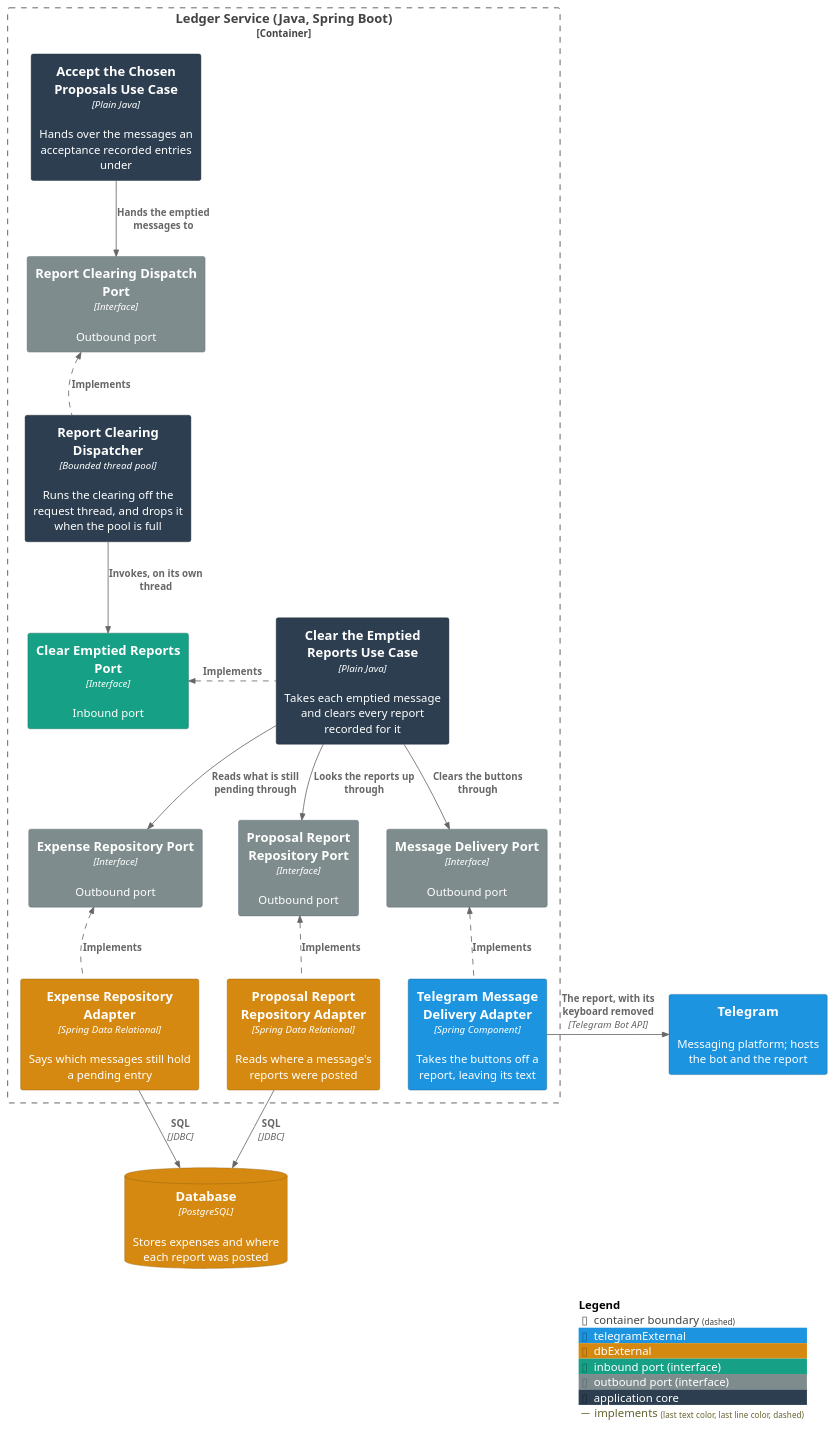
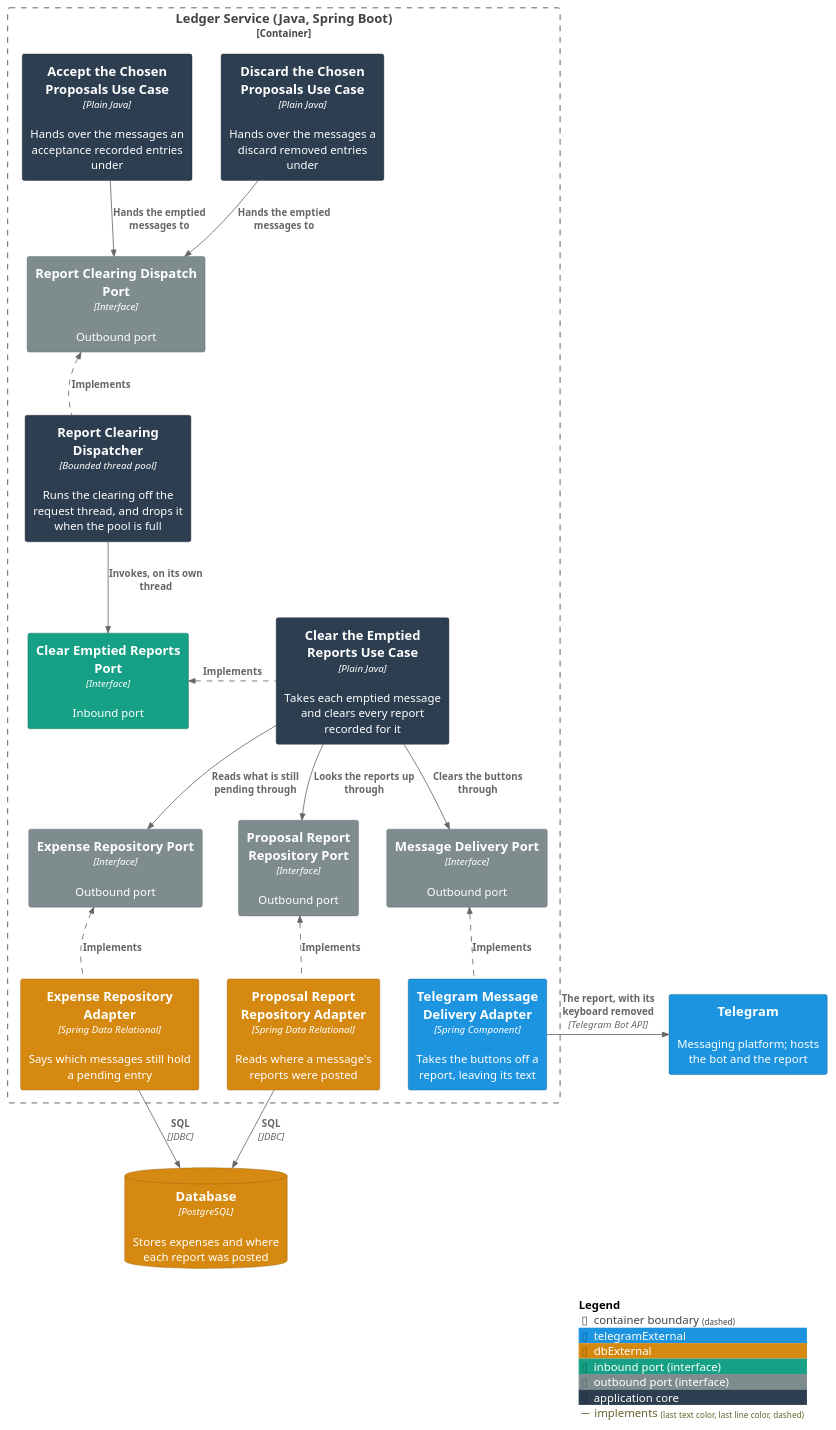
One commit to ds-usova/finance-bot changed the first of 2 diagrams in ledger-service/docs/usecases/clear-emptied-reports.md. Above: the diagram before and after it, drawn with PlantUML. The commit also changed other lines of this file and 9 other files, not shown here.

Commit message:
Documentation: discarding chosen proposals in the ledger's use cases and contracts

````diff
--- a/ledger-service/docs/usecases/clear-emptied-reports.md
+++ b/ledger-service/docs/usecases/clear-emptied-reports.md
@@ -45,49 +41,52 @@
 ```plantuml
 @startuml C3-Component-ClearEmptiedReports
 !include <C4/C4_Component>
 
 AddElementTag("telegramExternal", $bgColor="#1c94e0", $fontColor="#ffffff", $borderColor="#125d8c")
 AddElementTag("dbExternal", $bgColor="#d68910", $fontColor="#ffffff", $borderColor="#8f5c0a")
 AddElementTag("portIn", $bgColor="#16a085", $fontColor="#ffffff", $borderColor="#0e6655", $legendText="inbound port (interface)")
 AddElementTag("portOut", $bgColor="#7f8c8d", $fontColor="#ffffff", $borderColor="#566573", $legendText="outbound port (interface)")
 AddElementTag("core", $bgColor="#2c3e50", $fontColor="#ffffff", $borderColor="#1b2631", $legendText="application core")
 AddRelTag("implements", $lineStyle="dashed")
 
 System_Ext(telegram, "Telegram", "Messaging platform; hosts the bot and the report", $tags="telegramExternal")
 ContainerDb(db, "Database", "PostgreSQL", "Stores expenses and where each report was posted", $tags="dbExternal")
 
 Container_Boundary(ledger, "Ledger Service (Java, Spring Boot)") {
   Component(acceptService, "Accept the Chosen Proposals Use Case", "Plain Java", "Hands over the messages an acceptance recorded entries under", $tags="core")
+  Component(discardService, "Discard the Chosen Proposals Use Case", "Plain Java", "Hands over the messages a discard removed entries under", $tags="core")
   Component(dispatchPort, "Report Clearing Dispatch Port", "Interface", "Outbound port", $tags="portOut")
   Component(dispatcher, "Report Clearing Dispatcher", "Bounded thread pool", "Runs the clearing off the request thread, and drops it when the pool is full", $tags="core")
   Component(clearPort, "Clear Emptied Reports Port", "Interface", "Inbound port", $tags="portIn")
   Component(clearService, "Clear the Emptied Reports Use Case", "Plain Java", "Takes each emptied message and clears every report recorded for it", $tags="core")
   Component(expenseRepositoryPort, "Expense Repository Port", "Interface", "Outbound port", $tags="portOut")
   Component(reportRepositoryPort, "Proposal Report Repository Port", "Interface", "Outbound port", $tags="portOut")
   Component(messageDeliveryPort, "Message Delivery Port", "Interface", "Outbound port", $tags="portOut")
   Component(expenseRepositoryAdapter, "Expense Repository Adapter", "Spring Data Relational", "Says which messages still hold a pending entry", $tags="dbExternal")
   Component(reportRepositoryAdapter, "Proposal Report Repository Adapter", "Spring Data Relational", "Reads where a message's reports were posted", $tags="dbExternal")
   Component(deliveryAdapter, "Telegram Message Delivery Adapter", "Spring Component", "Takes the buttons off a report, leaving its text", $tags="telegramExternal")
 }
 
 Rel_D(acceptService, dispatchPort, "Hands the emptied messages to")
+Rel_D(discardService, dispatchPort, "Hands the emptied messages to")
+Lay_R(acceptService, discardService)
 Rel_U(dispatcher, dispatchPort, "Implements", $tags="implements")
 Rel_D(dispatcher, clearPort, "Invokes, on its own thread")
 Rel_L(clearService, clearPort, "Implements", $tags="implements")
 Rel_D(clearService, expenseRepositoryPort, "Reads what is still pending through")
 Rel_D(clearService, reportRepositoryPort, "Looks the reports up through")
 Rel_D(clearService, messageDeliveryPort, "Clears the buttons through")
 Rel_U(expenseRepositoryAdapter, expenseRepositoryPort, "Implements", $tags="implements")
 Rel_U(reportRepositoryAdapter, reportRepositoryPort, "Implements", $tags="implements")
 Rel_U(deliveryAdapter, messageDeliveryPort, "Implements", $tags="implements")
 Rel_D(expenseRepositoryAdapter, db, "SQL", "JDBC")
 Rel_D(reportRepositoryAdapter, db, "SQL", "JDBC")
 Rel_R(deliveryAdapter, telegram, "The report, with its keyboard removed", "Telegram Bot API")
 
 Lay_D(dispatchPort, dispatcher)
 Lay_D(clearPort, expenseRepositoryPort)
 Lay_D(expenseRepositoryPort, expenseRepositoryAdapter)
 
 SHOW_LEGEND()
 @enduml
 ```
````
